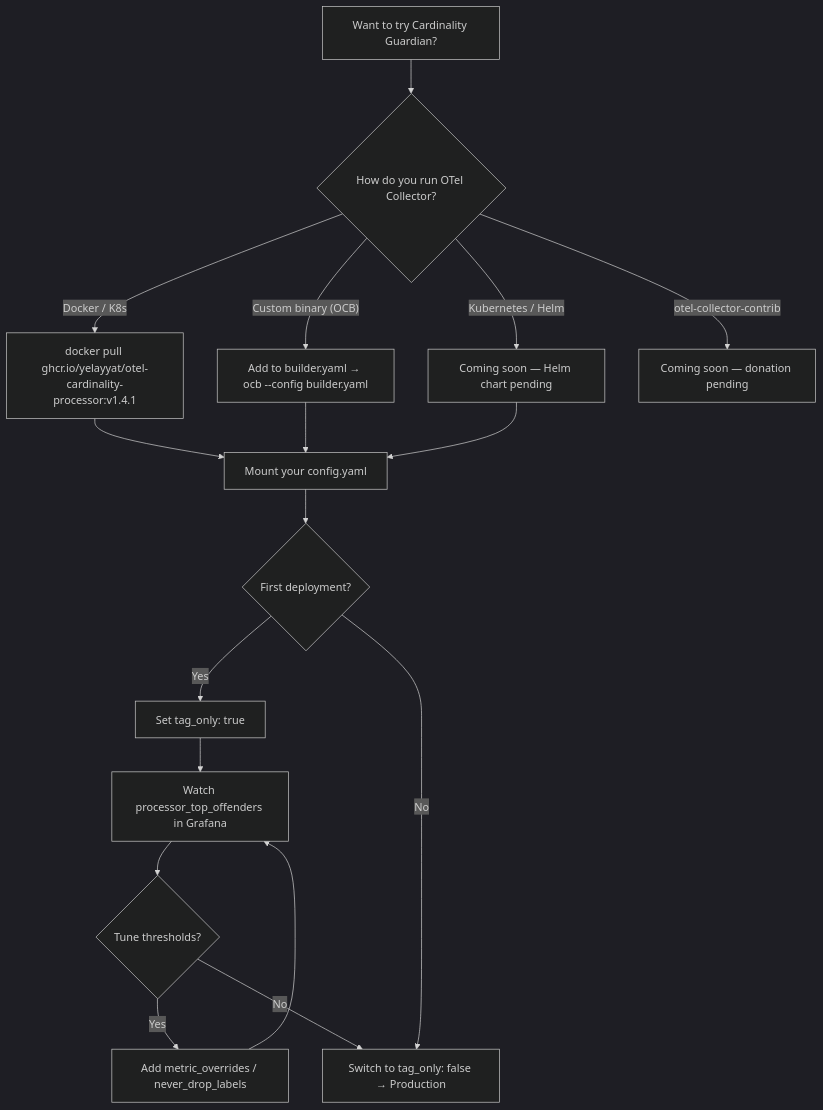
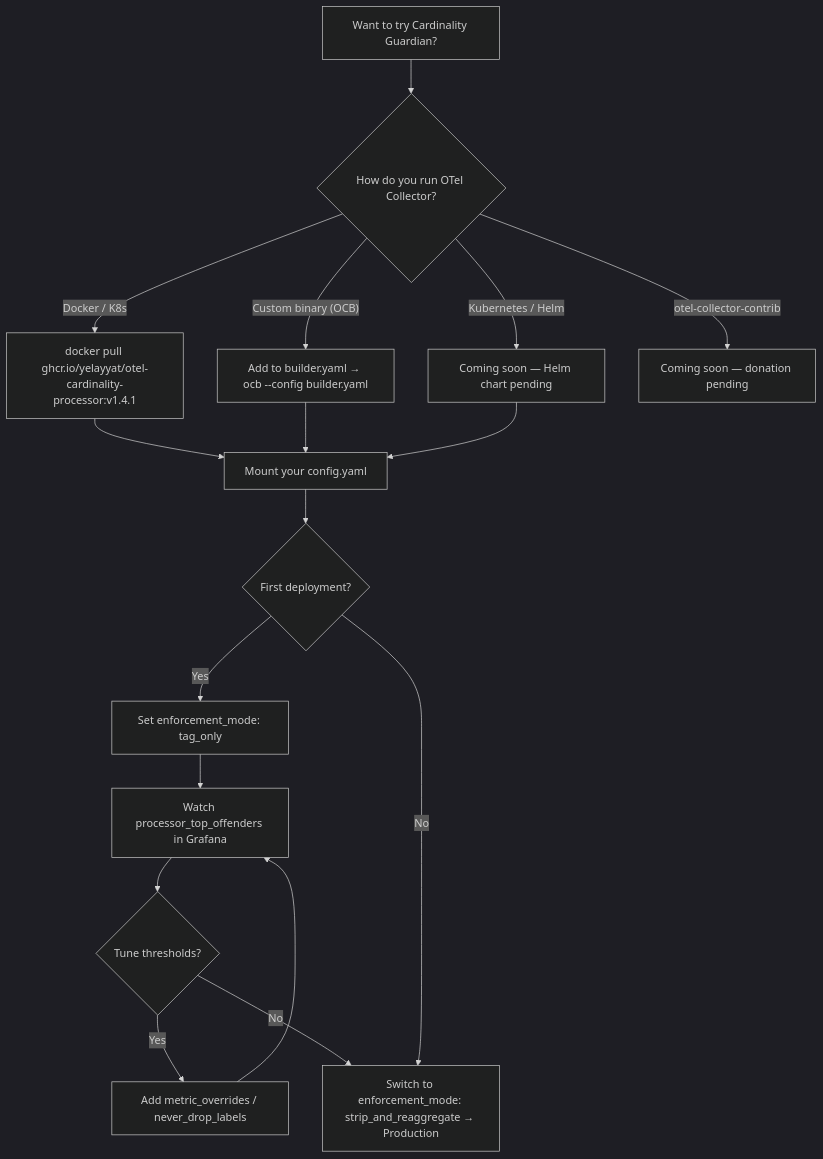
One commit to YElayyat/otel-cardinality-processor changed the second of 2 diagrams in README.md. Above: the diagram before and after it, drawn with Mermaid (dark theme). The commit also changed other lines of this file and 9 other files, not shown here.

````diff
--- a/README.md
+++ b/README.md
@@ -146,19 +178,19 @@
 ```mermaid
 flowchart TD
     A[Want to try Cardinality Guardian?] --> B{How do you run OTel Collector?}
     B -- "Docker / K8s" --> C["docker pull ghcr.io/yelayyat/otel-cardinality-processor:v1.4.1"]
     B -- "Kubernetes / Helm" --> M["Coming soon — Helm chart pending"]
     B -- "Custom binary (OCB)" --> D[Add to builder.yaml → ocb --config builder.yaml]
     B -- "otel-collector-contrib" --> E["Coming soon — donation pending"]
     C --> F[Mount your config.yaml]
     D --> F
     M --> F
     F --> G{First deployment?}
-    G -- Yes --> H["Set tag_only: true"]
+    G -- Yes --> H["Set enforcement_mode: tag_only"]
     H --> I[Watch processor_top_offenders in Grafana]
     I --> J{Tune thresholds?}
     J -- Yes --> K[Add metric_overrides / never_drop_labels]
     K --> I
-    J -- No --> L["Switch to tag_only: false → Production"]
+    J -- No --> L["Switch to enforcement_mode: strip_and_reaggregate → Production"]
     G -- No --> L
 ```
````
